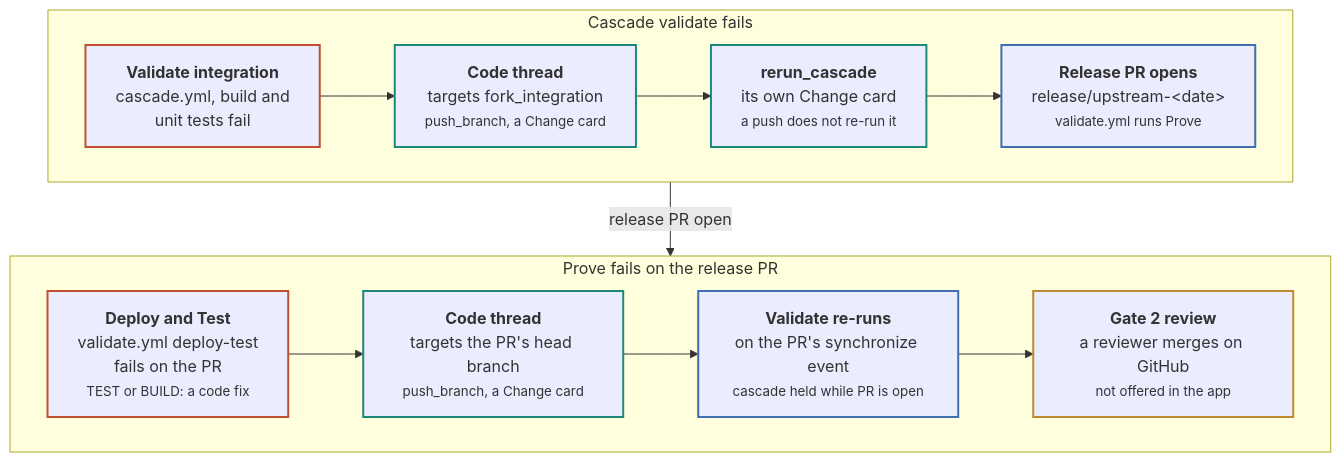
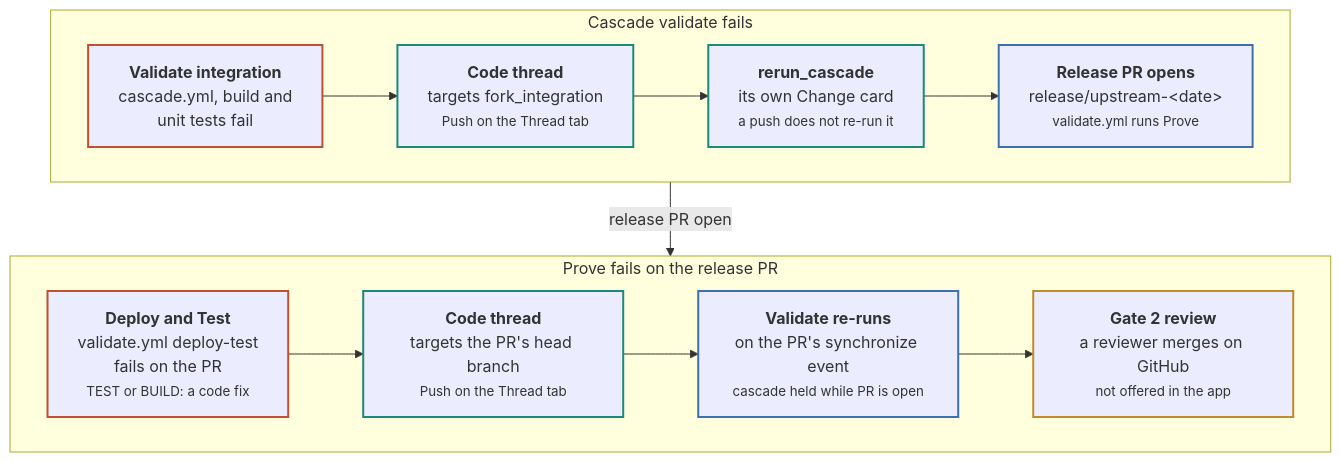
The second of 2 diagrams in design/spi-code-prd.md (danielscholl-osdu/spi-code), drawn with Mermaid before and after one commit. The commit also changed other lines of this file and 6 other files, not shown here.

````diff
--- a/design/spi-code-prd.md
+++ b/design/spi-code-prd.md
@@ -215,29 +215,29 @@
 ```mermaid
 flowchart TB
   subgraph V["Cascade validate fails"]
     direction LR
     V1["<b>Validate integration</b><br/>cascade.yml, build and<br/>unit tests fail"]:::bad
-    V2["<b>Code thread</b><br/>targets fork_integration<br/><small>push_branch, a Change card</small>"]:::spi
+    V2["<b>Code thread</b><br/>targets fork_integration<br/><small>Push on the Thread tab</small>"]:::spi
     V3["<b>rerun_cascade</b><br/>its own Change card<br/><small>a push does not re-run it</small>"]:::spi
     V4["<b>Release PR opens</b><br/>release/upstream-#lt;date#gt;<br/><small>validate.yml runs Prove</small>"]:::outside
     V1 --> V2 --> V3 --> V4
   end
   subgraph P["Prove fails on the release PR"]
     direction LR
     P1["<b>Deploy and Test</b><br/>validate.yml deploy-test<br/>fails on the PR<br/><small>TEST or BUILD: a code fix</small>"]:::bad
-    P2["<b>Code thread</b><br/>targets the PR's head branch<br/><small>push_branch, a Change card</small>"]:::spi
+    P2["<b>Code thread</b><br/>targets the PR's head branch<br/><small>Push on the Thread tab</small>"]:::spi
     P3["<b>Validate re-runs</b><br/>on the PR's synchronize event<br/><small>cascade held while PR is open</small>"]:::outside
     P4["<b>Gate 2 review</b><br/>a reviewer merges on GitHub<br/><small>not offered in the app</small>"]:::operator
     P1 --> P2 --> P3 --> P4
   end
   V -- "release PR open" --> P
   classDef operator stroke:#c08a2e,stroke-width:2px
   classDef spi stroke:#1b8a7a,stroke-width:2px
   classDef copilot stroke:#7e4cba,stroke-width:2px
   classDef outside stroke:#3f6fb0,stroke-width:2px
   classDef carried stroke:#8a8270,stroke-width:1px,stroke-dasharray:4 3
   classDef bad stroke:#c0502f,stroke-width:2px
   classDef warn stroke:#b08a3a,stroke-width:2px
   classDef ok stroke:#3f8a37,stroke-width:2px
   classDef mute stroke:#8a8270,stroke-width:1px
 ```
````
